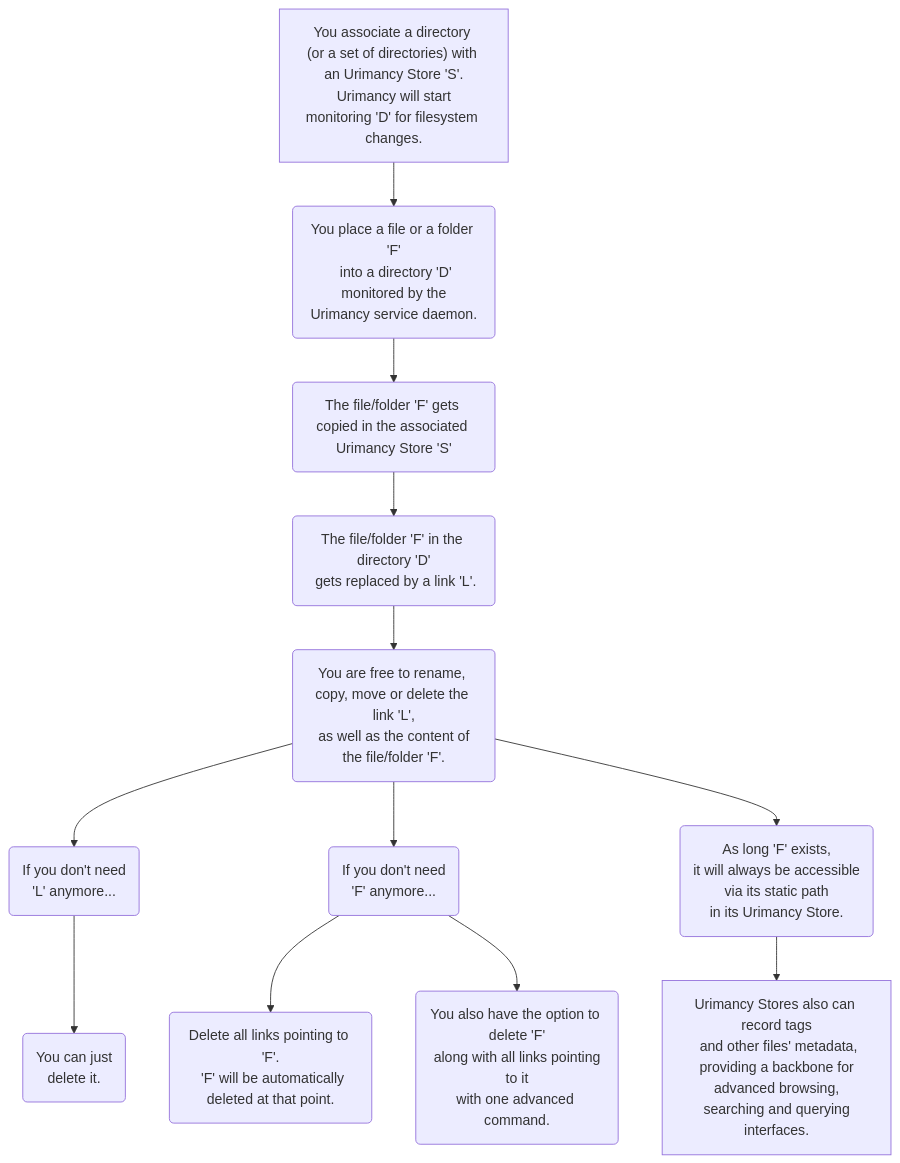
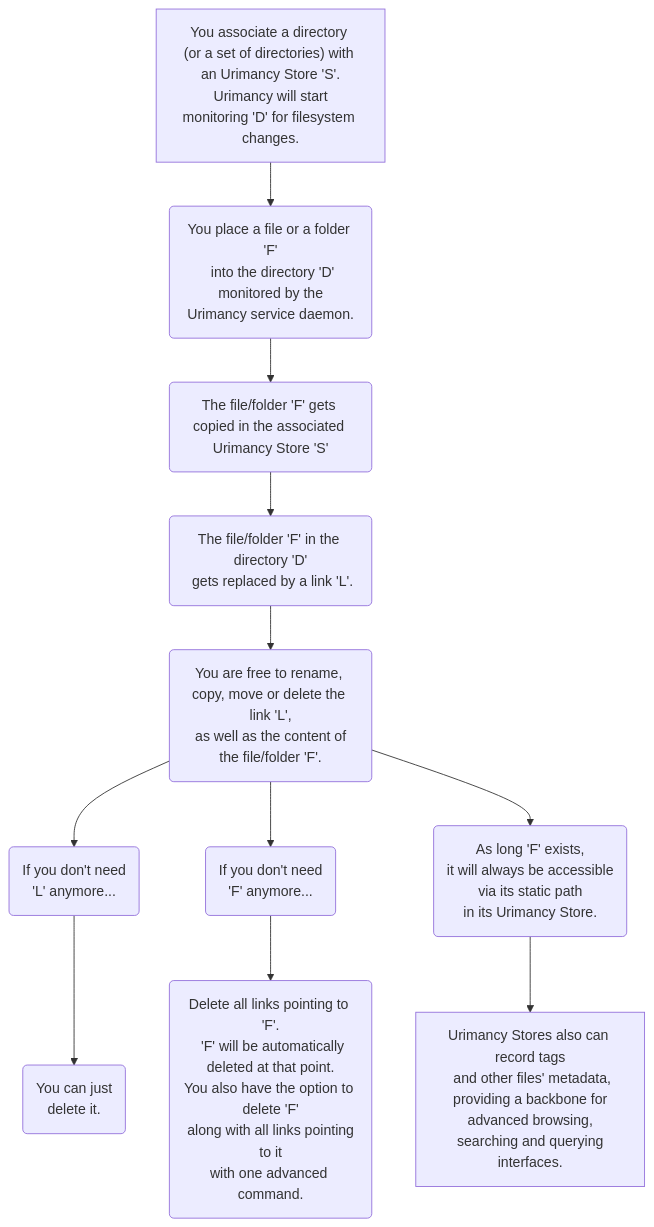
One commit to damscal/urimancy changed the diagram in README.md. Above: the diagram before and after it, drawn with Mermaid. The commit also changed other lines of this file, not shown here.

Commit message:
small changes

````diff
--- a/README.md
+++ b/README.md
@@ -18,26 +18,24 @@
 ```mermaid
-flowchart
-  node_1("You place a file or a folder 'F'<br> into a directory 'D'<br> monitored by the Urimancy service daemon.")
+flowchart 
+  node_1("You place a file or a folder 'F'<br> into the directory 'D'<br> monitored by the Urimancy service daemon.")
   node_2("The file/folder 'F' gets copied in the associated Urimancy Store 'S'")
   node_3("The file/folder 'F' in the directory 'D'<br> gets replaced by a link 'L'.")
   node_4("You are free to rename, copy, move or delete the link 'L',<br> as well as the content of the file/folder 'F'.")
   node_5("If you don#39;t need <br> #39;L#39; anymore...")
   node_6("You can just<br> delete it.")
   node_7("If you don#39;t need <br>#39;F#39; anymore...")
-  node_8("Delete all links pointing to #39;F#39;.<br> #39;F#39; will be automatically<br>deleted at that point.")
-  node_9("You also have the option to delete #39;F#39;<br> along with all links pointing to it<br>with one advanced command.")
+  node_8("Delete all links pointing to #39;F#39;.<br> #39;F#39; will be automatically<br>deleted at that point.<br>You also have the option to delete #39;F#39;<br> along with all links pointing to it<br>with one advanced command.")
   node_10("As long #39;F#39; exists,<br> it will always be accessible <br> via its static path<br> in its Urimancy Store.")
   node_11["You associate a directory (or a set of directories) with an Urimancy Store 'S'.<br> Urimancy will start monitoring 'D' for filesystem changes."]
   node_12["Urimancy Stores also can record tags<br> and other files' metadata,<br> providing a backbone for advanced browsing,<br> searching and querying interfaces."]
   node_1 --> node_2
   node_2 --> node_3
   node_3 --> node_4
   node_4 --> node_5
   node_5 --> node_6
   node_4 --> node_7
   node_7 --> node_8
-  node_7 --> node_9
   node_4 --> node_10
   node_11 --> node_1
   node_10 --> node_12
 ```
````
